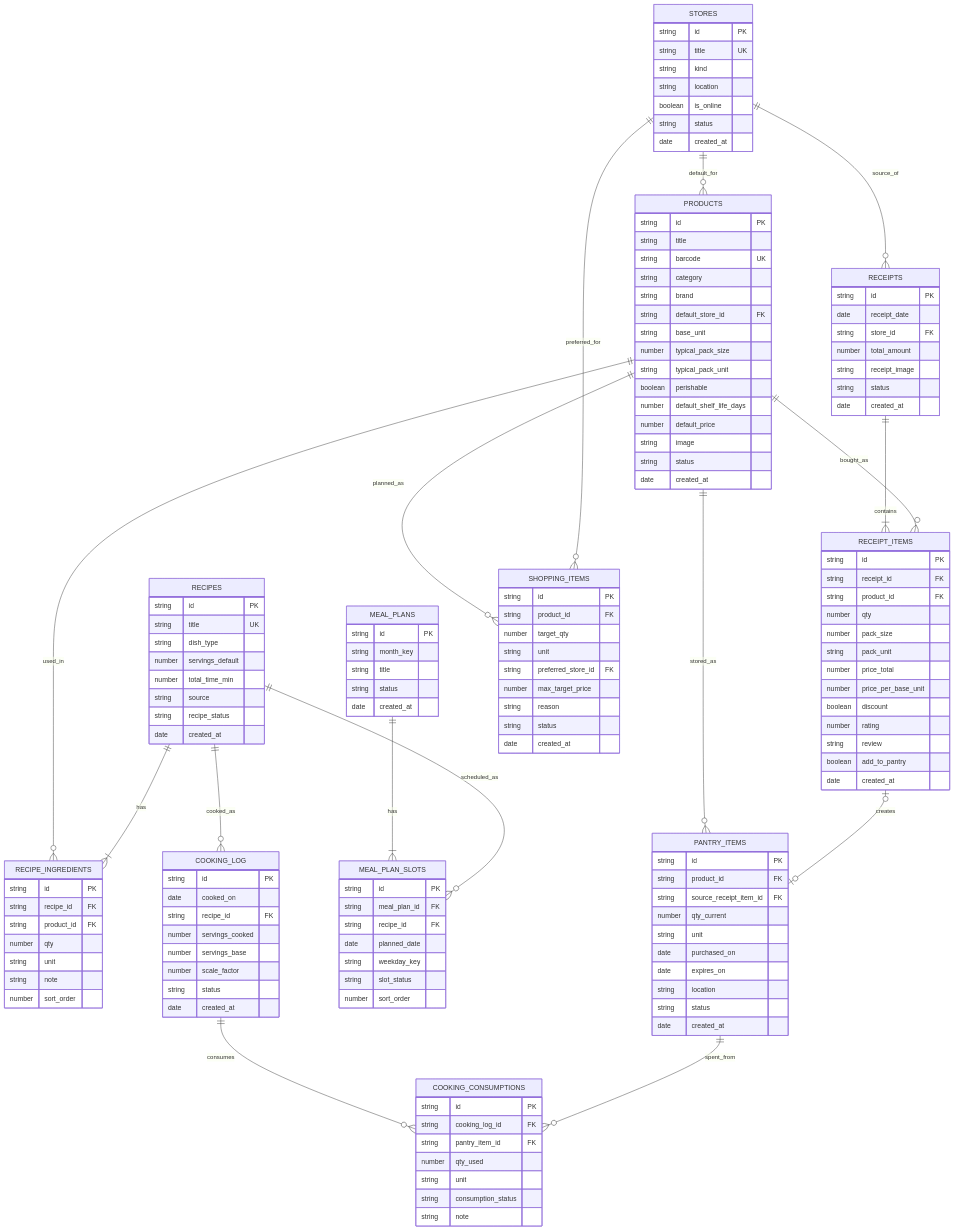
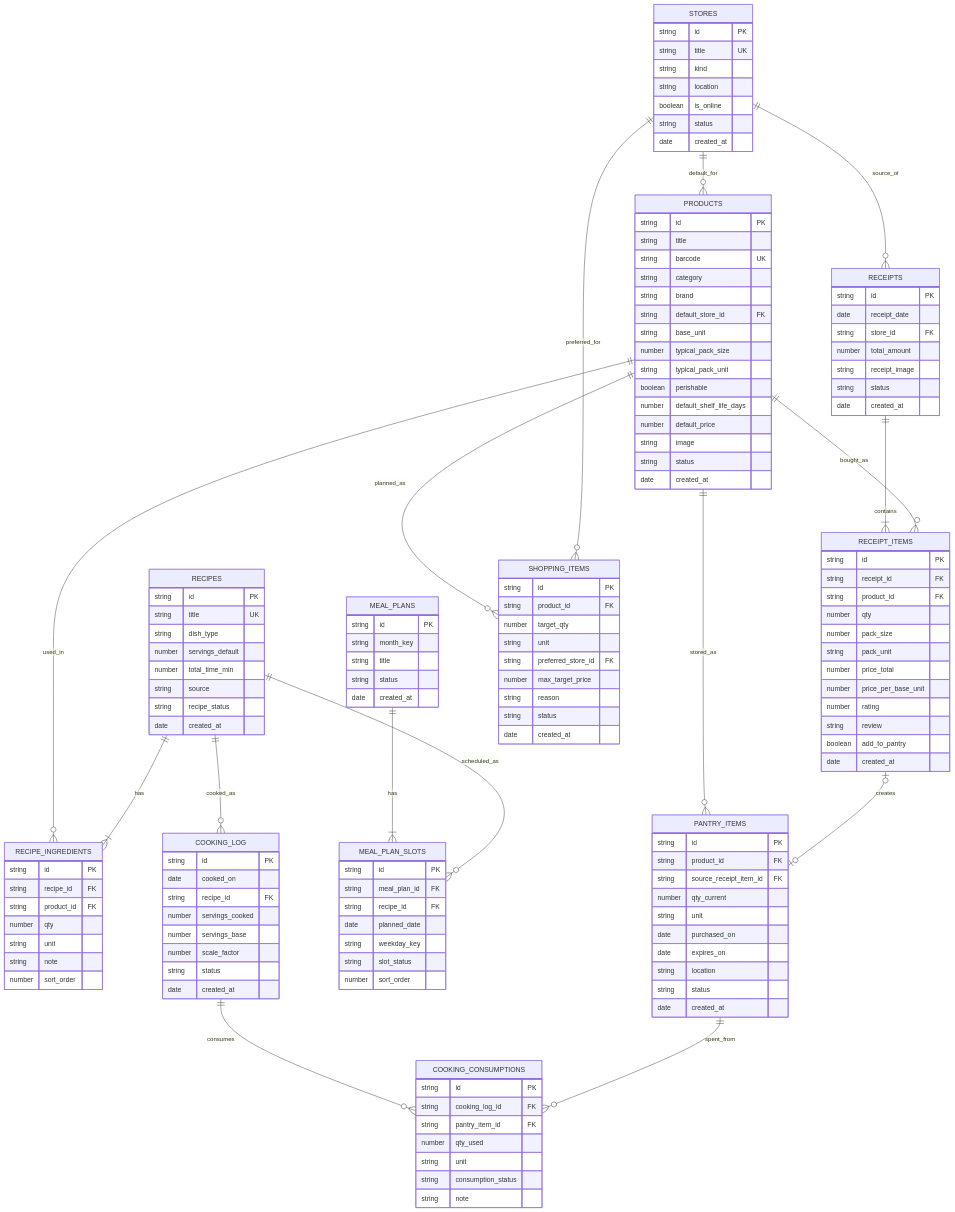
The diagram in Projects/Еда/Docs/Schema.md (smeryse/Knowledge-Base), drawn with Mermaid before and after one commit. The commit also changed other lines of this file and 3 other files, not shown here.

```diff
--- a/Projects/Еда/Docs/Schema.md
+++ b/Projects/Еда/Docs/Schema.md
@@ -123,7 +123,6 @@
         string pack_unit
         number price_total
         number price_per_base_unit
-        boolean discount
         number rating
         string review
         boolean add_to_pantry
```
